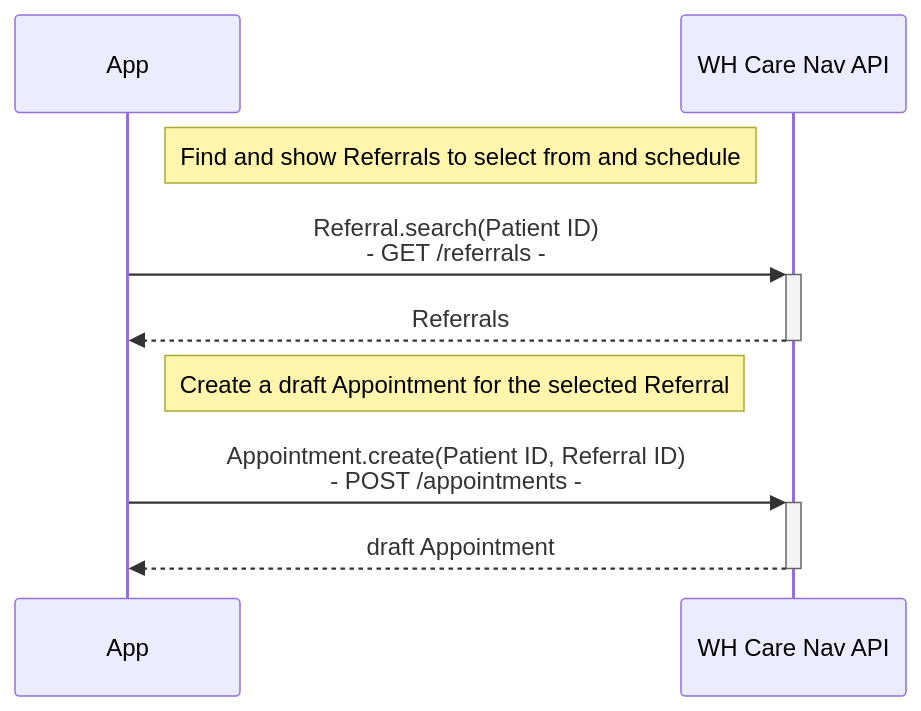
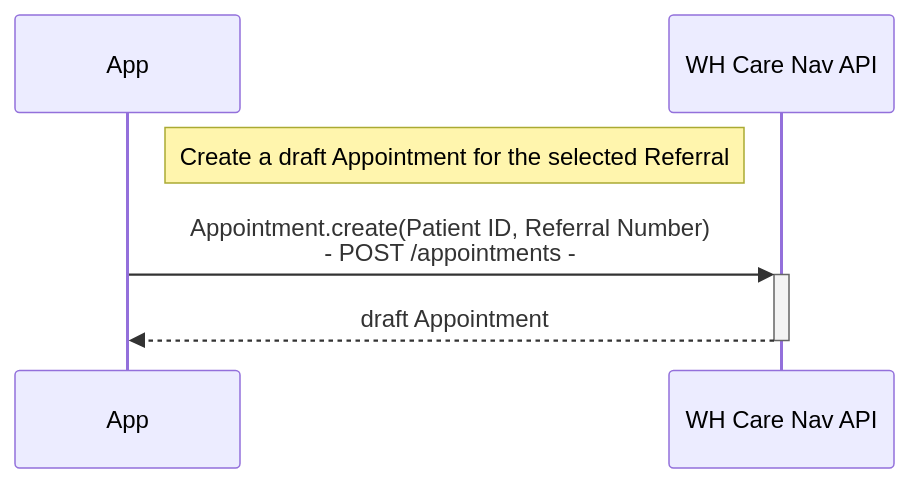
The first of 6 diagrams in README.md (wellhive/api-docs), drawn with Mermaid before and after one commit. The commit also changed other lines of this file, not shown here.

````diff
--- a/README.md
+++ b/README.md
@@ -119,14 +119,11 @@
 ```mermaid
 sequenceDiagram
 
 participant c as App
 participant n as WH Care Nav API 
 
-Note right of c: Find and show Referrals to select from and schedule
-c->>+n: Referral.search(Patient ID)<br>- GET /referrals -
-n-->>-c: Referrals
 
 Note right of c: Create a draft Appointment for the selected Referral
-c->>+n: Appointment.create(Patient ID, Referral ID)<br>- POST /appointments -
+c->>+n: Appointment.create(Patient ID, Referral Number)<br>- POST /appointments -
 n-->>-c: draft Appointment
 ```
````
